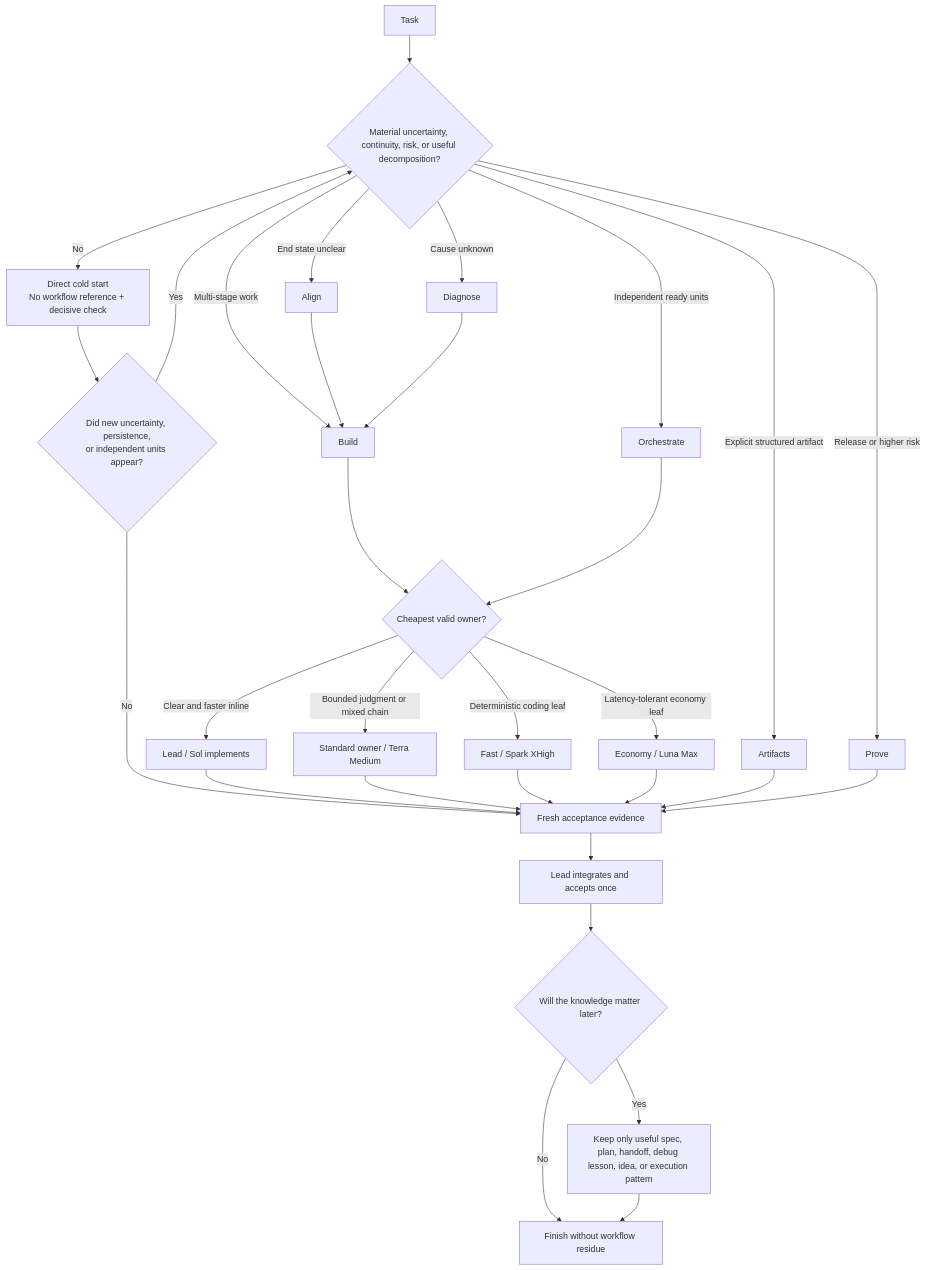
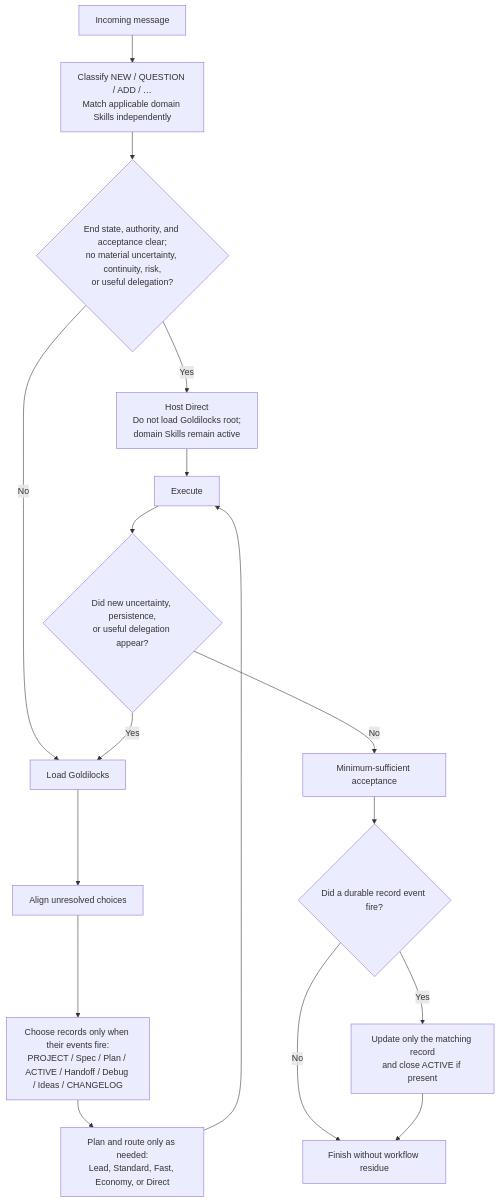
Before and after one commit to blackstone2333/goldilocks: the diagram in README.md, drawn with Mermaid. The commit also changed 1 other file, not shown here.

Commit message:
docs: update v0.6.0 workflow diagrams

````diff
--- a/README.md
+++ b/README.md
@@ -107,33 +107,19 @@
 ```mermaid
 flowchart TD
-    A["Task"] --> B{"Material uncertainty, continuity, risk, or useful decomposition?"}
-    B -- "No" --> C["Direct cold start<br/>No workflow reference + decisive check"]
-    B -- "End state unclear" --> D["Align"]
-    B -- "Cause unknown" --> E["Diagnose"]
-    B -- "Multi-stage work" --> F["Build"]
-    B -- "Independent ready units" --> G["Orchestrate"]
-    B -- "Release or higher risk" --> H["Prove"]
-    B -- "Explicit structured artifact" --> I["Artifacts"]
-    D --> F
-    E --> F
-    F --> J{"Cheapest valid owner?"}
-    G --> J
-    J -- "Clear and faster inline" --> K["Lead / Sol implements"]
-    J -- "Bounded judgment or mixed chain" --> L["Standard owner / Terra Medium"]
-    J -- "Deterministic coding leaf" --> M["Fast / Spark XHigh"]
-    J -- "Latency-tolerant economy leaf" --> N["Economy / Luna Max"]
-    C --> T{"Did new uncertainty, persistence,<br/>or independent units appear?"}
-    T -- "No" --> O["Fresh acceptance evidence"]
-    T -- "Yes" --> B
-    K --> O
-    L --> O
-    M --> O
-    N --> O
-    I --> O
-    H --> O
-    O --> P["Lead integrates and accepts once"]
-    P --> Q{"Will the knowledge matter later?"}
-    Q -- "Yes" --> R["Keep only useful spec, plan, handoff, debug lesson, idea, or execution pattern"]
-    Q -- "No" --> S["Finish without workflow residue"]
-    R --> S
+    A["Incoming message"] --> B["Classify NEW / QUESTION / ADD / …<br/>Match applicable domain Skills independently"]
+    B --> C{"End state, authority, and acceptance clear;<br/>no material uncertainty, continuity, risk,<br/>or useful delegation?"}
+    C -- "Yes" --> D["Host Direct<br/>Do not load Goldilocks root;<br/>domain Skills remain active"]
+    C -- "No" --> E["Load Goldilocks"]
+    E --> F["Align unresolved choices"]
+    F --> G["Choose records only when their events fire:<br/>PROJECT / Spec / Plan / ACTIVE / Handoff / Debug / Ideas / CHANGELOG"]
+    G --> H["Plan and route only as needed:<br/>Lead, Standard, Fast, Economy, or Direct"]
+    D --> I["Execute"]
+    H --> I
+    I --> J{"Did new uncertainty, persistence,<br/>or useful delegation appear?"}
+    J -- "Yes" --> E
+    J -- "No" --> K["Minimum-sufficient acceptance"]
+    K --> L{"Did a durable record event fire?"}
+    L -- "Yes" --> M["Update only the matching record<br/>and close ACTIVE if present"]
+    L -- "No" --> N["Finish without workflow residue"]
+    M --> N
 ```
````
